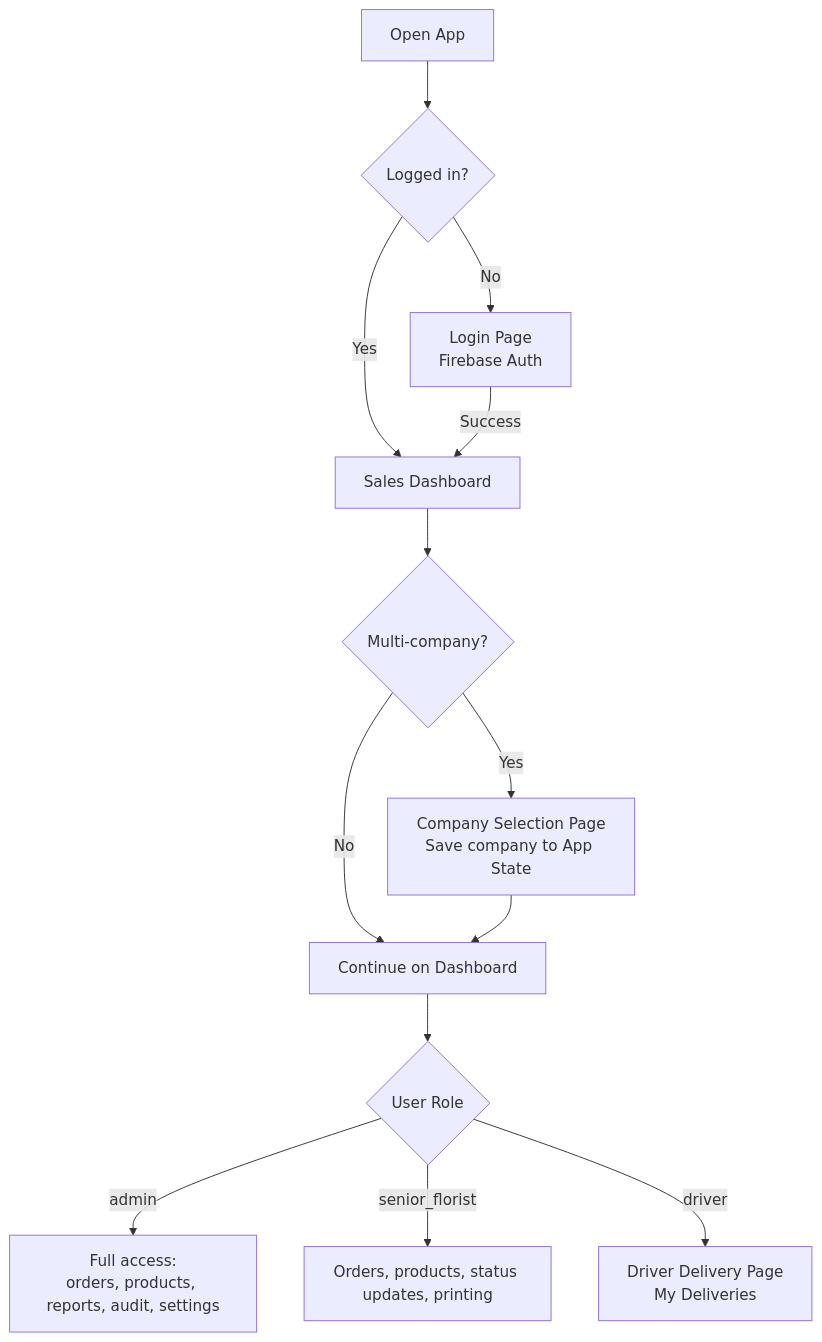
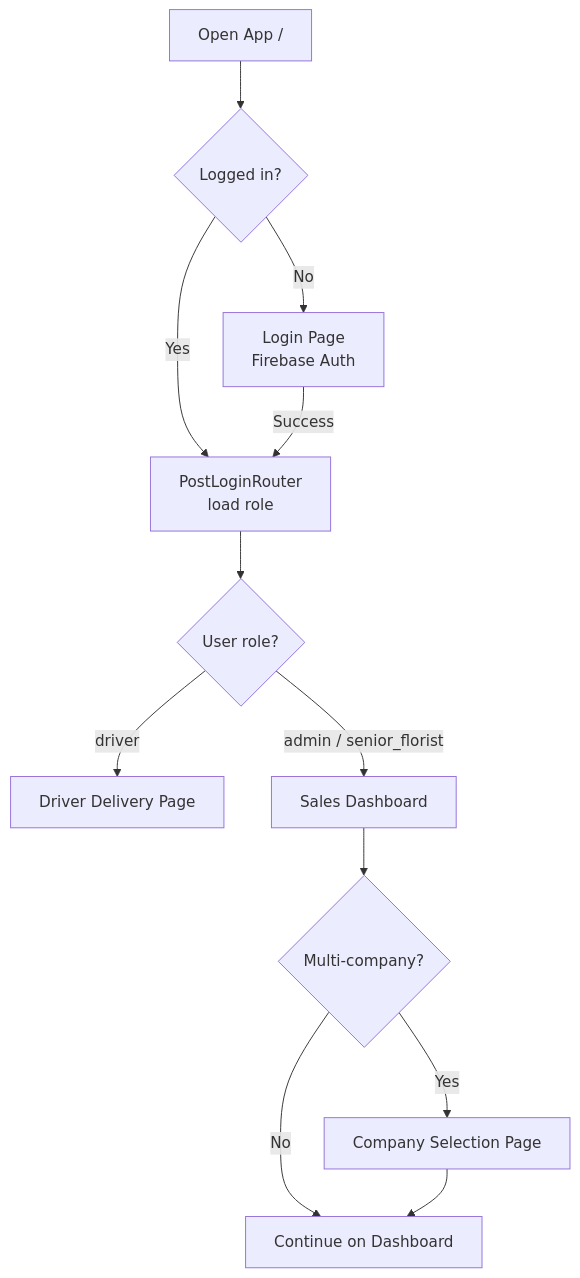
The first of 9 diagrams in docs/WORKFLOW.md (kahliantoo-rgb/tfg_vday), drawn with Mermaid before and after one commit. The commit also changed other lines of this file and 35 other files, not shown here.

````diff
--- a/docs/WORKFLOW.md
+++ b/docs/WORKFLOW.md
@@ -15,16 +17,14 @@
 ```mermaid
 flowchart TD
-    A[Open App] --> B{Logged in?}
+    A[Open App /] --> B{Logged in?}
     B -->|No| C[Login Page<br/>Firebase Auth]
-    B -->|Yes| D[Sales Dashboard]
+    B -->|Yes| D[PostLoginRouter<br/>load role]
     C -->|Success| D
-    D --> E{Multi-company?}
-    E -->|Yes| F[Company Selection Page<br/>Save company to App State]
-    E -->|No| G[Continue on Dashboard]
-    F --> G
-
-    G --> H{User Role}
-    H -->|admin| I[Full access:<br/>orders, products, reports, audit, settings]
-    H -->|senior_florist| J[Orders, products, status updates, printing]
-    H -->|driver| K[Driver Delivery Page<br/>My Deliveries]
+    D --> E{User role?}
+    E -->|driver| F[Driver Delivery Page]
+    E -->|admin / senior_florist| G[Sales Dashboard]
+    G --> H{Multi-company?}
+    H -->|Yes| I[Company Selection Page]
+    H -->|No| J[Continue on Dashboard]
+    I --> J
 ```
````
